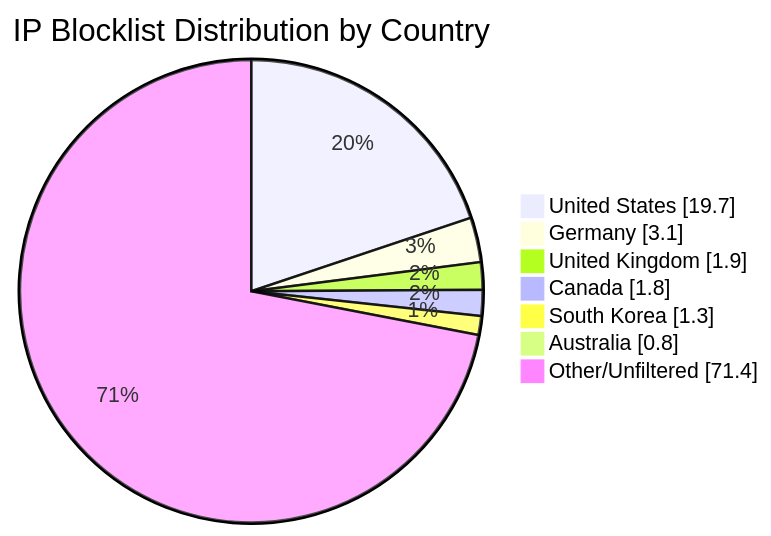
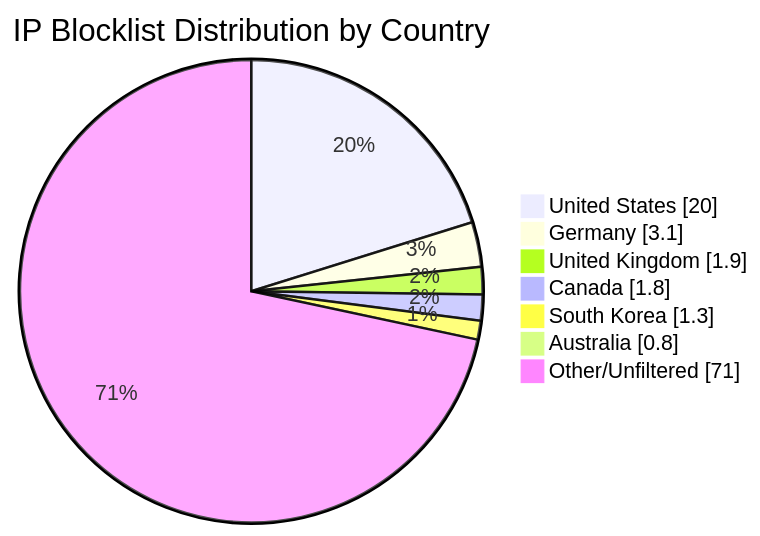
The diagram in README.md (MarcusHoltz/ipblocklist-geofiltered-aggregator), drawn with Mermaid before and after one commit. The commit also changed other lines of this file and 9 other files, not shown here.

````diff
--- a/README.md
+++ b/README.md
@@ -34,10 +34,10 @@
 ```mermaid
 pie showData title IP Blocklist Distribution by Country
-"United States" : 19.7
+"United States" : 20.0
 "Germany" : 3.1
 "United Kingdom" : 1.9
 "Canada" : 1.8
 "South Korea" : 1.3
 "Australia" : 0.8
-"Other/Unfiltered" : 71.4
+"Other/Unfiltered" : 71.0
 ```
````
